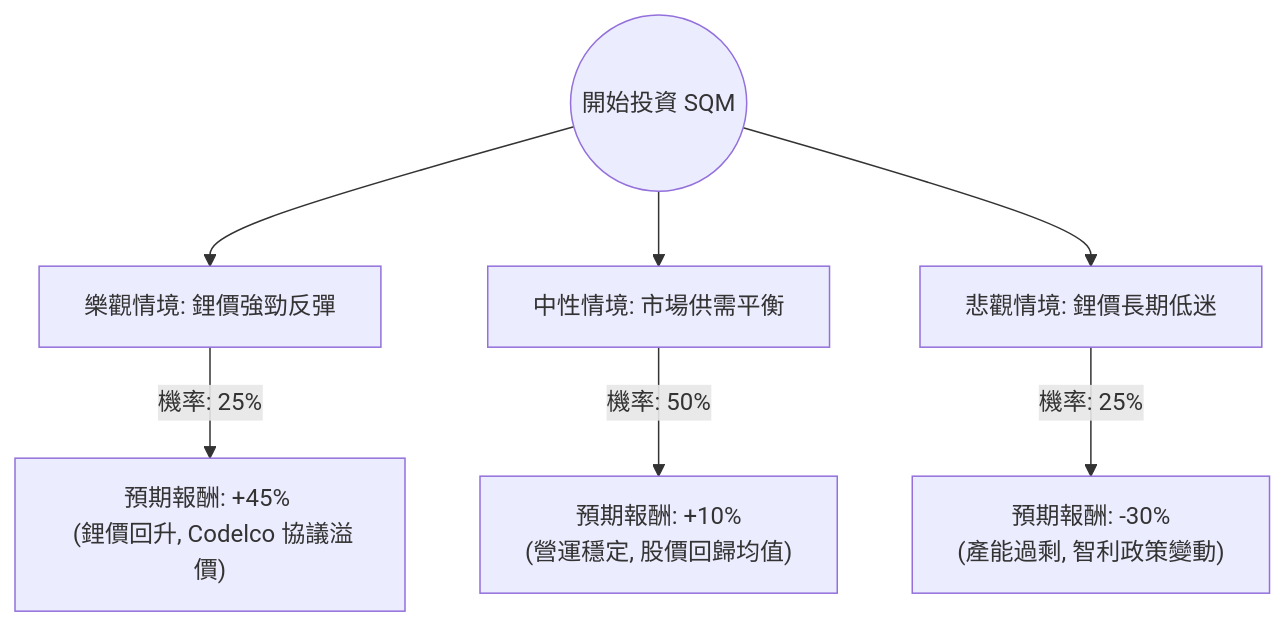
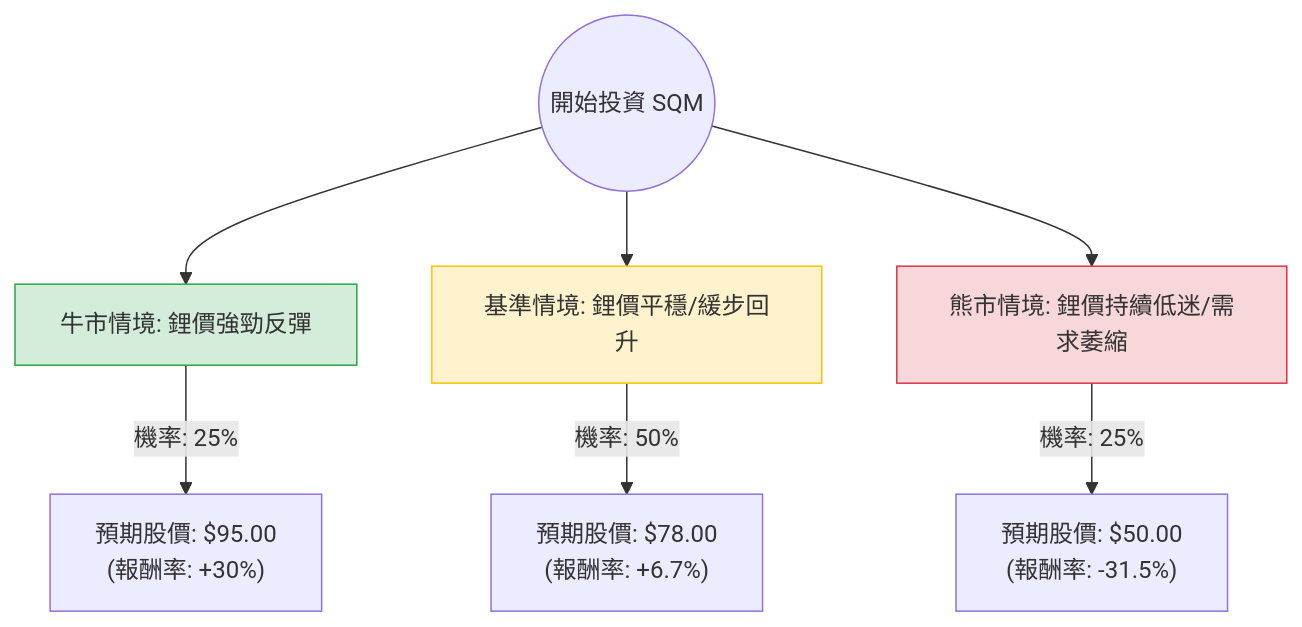
The diagram in plugin-react/ai-analysis/ev-analysis/SQM.md (zmcx16/zmcx16.github.io), drawn with Mermaid before and after one commit. The commit also changed other lines of this file and 95 other files, not shown here.

````diff
--- a/plugin-react/ai-analysis/ev-analysis/SQM.md
+++ b/plugin-react/ai-analysis/ev-analysis/SQM.md
@@ -11,10 +19,14 @@
 ```mermaid
 graph TD
-    Start((開始投資 SQM)) --> Bull[樂觀情境: 鋰價強勁反彈]
-    Start --> Base[中性情境: 市場供需平衡]
-    Start --> Bear[悲觀情境: 鋰價長期低迷]
+    Start((開始投資 SQM)) --> Bull[牛市情境: 鋰價強勁反彈]
+    Start --> Base[基準情境: 鋰價平穩/緩步回升]
+    Start --> Bear[熊市情境: 鋰價持續低迷/需求萎縮]
 
-    Bull -- "機率: 25%" --> Bull_EV["預期報酬: +45% <br/> (鋰價回升, Codelco 協議溢價)"]
-    Base -- "機率: 50%" --> Base_EV["預期報酬: +10% <br/> (營運穩定, 股價回歸均值)"]
-    Bear -- "機率: 25%" --> Bear_EV["預期報酬: -30% <br/> (產能過剩, 智利政策變動)"]
+    Bull -- "機率: 25%" --> Bull_Val["預期股價: $95.00 <br/> (報酬率: +30%)"]
+    Base -- "機率: 50%" --> Base_Val["預期股價: $78.00 <br/> (報酬率: +6.7%)"]
+    Bear -- "機率: 25%" --> Bear_Val["預期股價: $50.00 <br/> (報酬率: -31.5%)"]
+
+    style Bull fill:#d4edda,stroke:#28a745
+    style Base fill:#fff3cd,stroke:#ffc107
+    style Bear fill:#f8d7da,stroke:#dc3545
 ```
````
